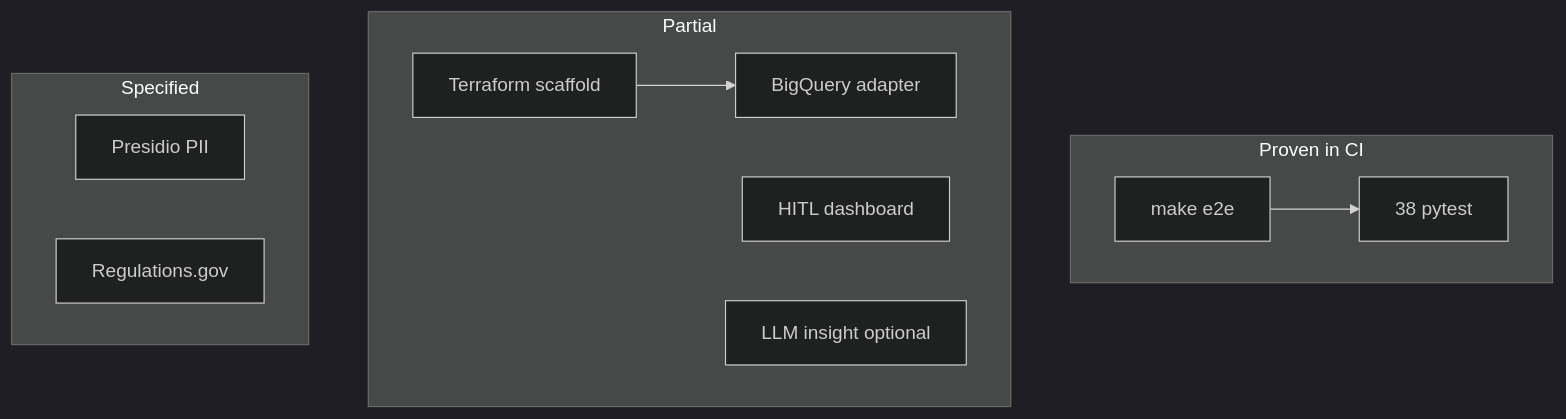
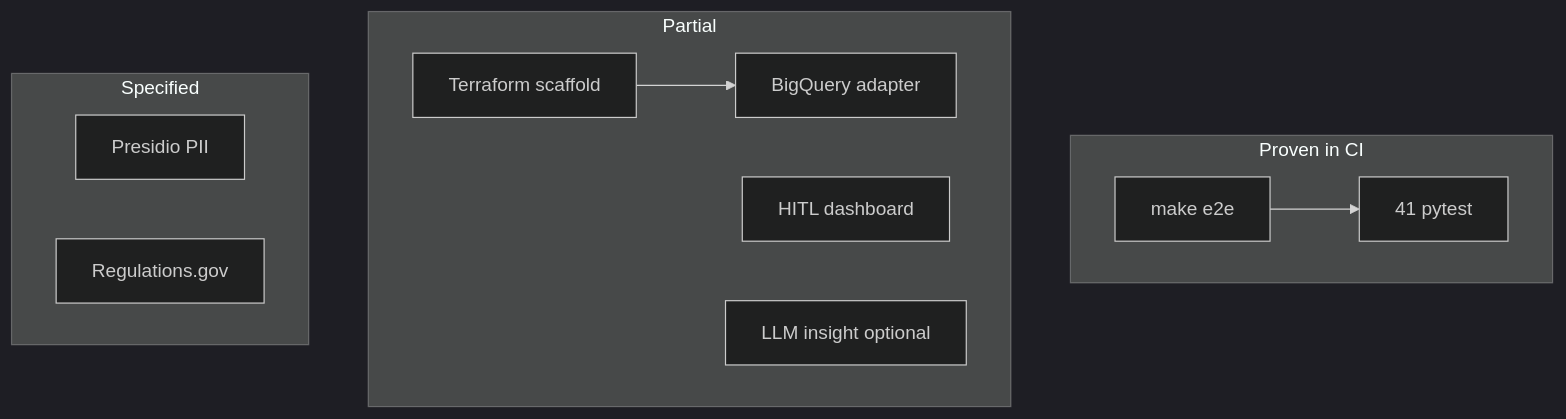
The diagram in docs/FINAL-REVIEW.md (khaosans/operator-etl), drawn with Mermaid (dark theme) before and after one commit. The commit also changed other lines of this file and 47 other files, not shown here.

````diff
--- a/docs/FINAL-REVIEW.md
+++ b/docs/FINAL-REVIEW.md
@@ -45,22 +45,22 @@
 ```mermaid
 flowchart TB
   subgraph proven [Proven in CI]
     E2E[make e2e]
-    Pytest[38 pytest]
+    Pytest[41 pytest]
   end
 
   subgraph partial [Partial]
     TF[Terraform scaffold]
     BQ[BigQuery adapter]
     HITL[HITL dashboard]
     LLM[LLM insight optional]
   end
 
   subgraph specified [Specified]
     Presidio[Presidio PII]
     RegGov[Regulations.gov]
   end
 
   E2E --> Pytest
   TF --> BQ
 ```
````
